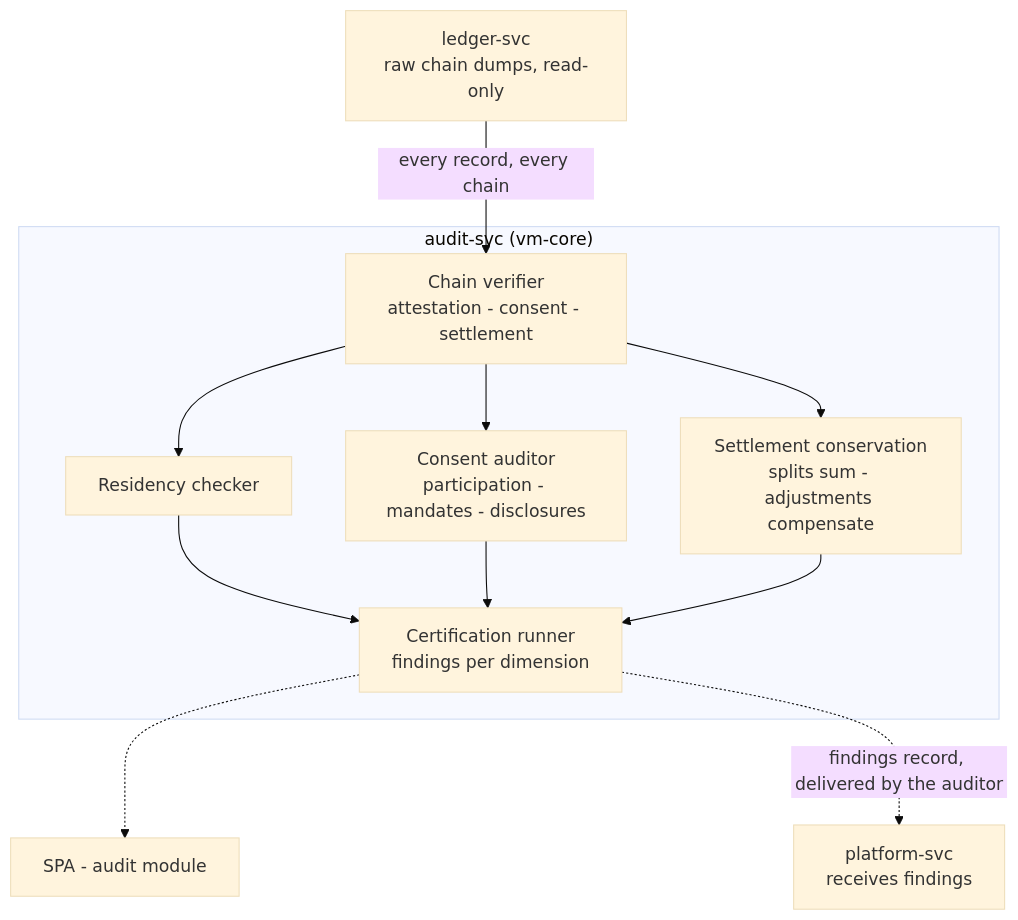
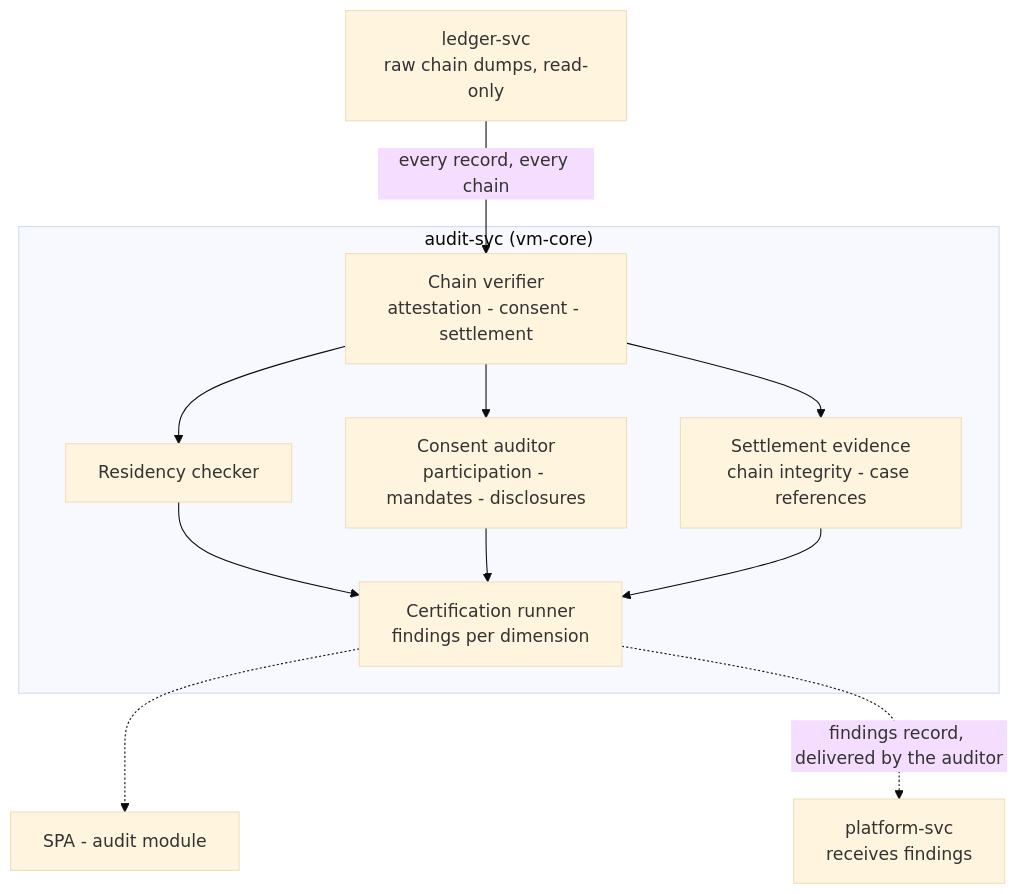
One commit to alius-git/amisad.dev changed the diagram in plan/design/08-audit.md. Above: the diagram before and after it, drawn with Mermaid (base theme). The commit also changed other lines of this file and 28 other files, not shown here.

````diff
--- a/plan/design/08-audit.md
+++ b/plan/design/08-audit.md
@@ -7,23 +7,23 @@
 ```mermaid
 flowchart TD
     subgraph svc["audit-svc (vm-core)"]
         chains["Chain verifier<br/>attestation - consent - settlement"]
         residency["Residency checker"]
         consent["Consent auditor<br/>participation - mandates - disclosures"]
-        conservation["Settlement conservation<br/>splits sum - adjustments compensate"]
+        conservation["Settlement evidence<br/>chain integrity - case references"]
         certify["Certification runner<br/>findings per dimension"]
     end
     spa["SPA - audit module"]
     ledger["ledger-svc<br/>raw chain dumps, read-only"]
     platform["platform-svc<br/>receives findings"]
 
     ledger -->|"every record, every chain"| chains
     chains --> residency
     chains --> consent
     chains --> conservation
     residency --> certify
     consent --> certify
     conservation --> certify
     certify -.-> spa
     certify -.->|"findings record, delivered by the auditor"| platform
 ```
````
